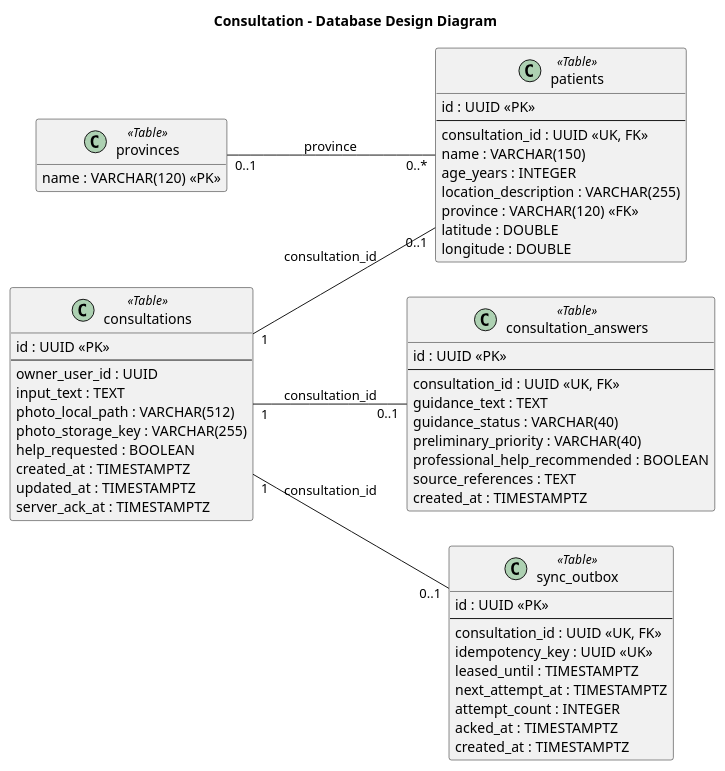
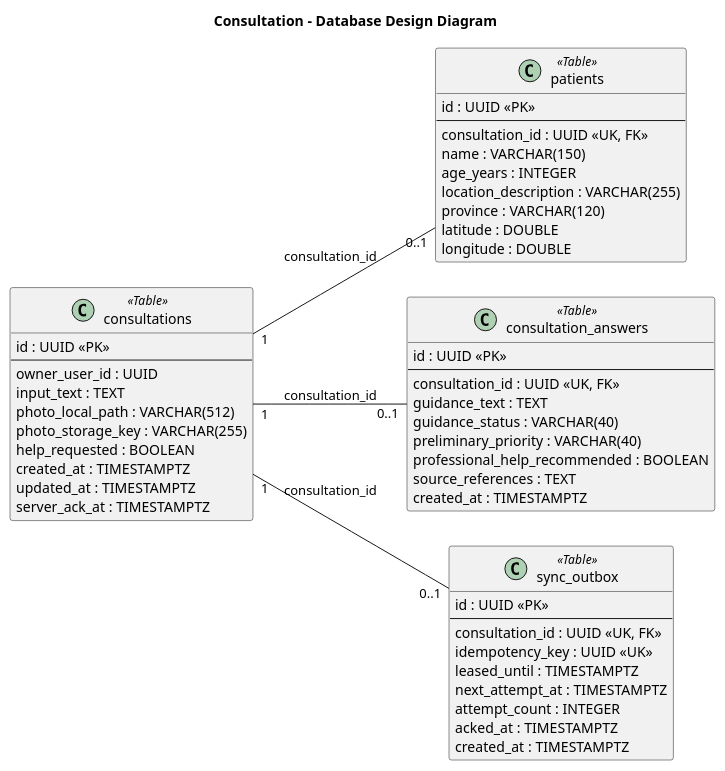
The diagram in public/assets/images/chapter-5/consultation-database-design.puml (emergentes-project/Report), drawn with PlantUML before and after one commit. The commit also changed 2 other files, not shown here.

Commit message:
update consultation diagram

```diff
--- a/public/assets/images/chapter-5/consultation-database-design.puml
+++ b/public/assets/images/chapter-5/consultation-database-design.puml
@@ -1,66 +1,61 @@
 @startuml
 left to right direction
 hide empty members
 skinparam classAttributeIconSize 0
 skinparam shadowing false
 title Consultation - Database Design Diagram
-
-  class provinces <<Table>> {
-    name : VARCHAR(120) <<PK>>
-  }
 
   class consultations <<Table>> {
     id : UUID <<PK>>
     --
     owner_user_id : UUID
     input_text : TEXT
     photo_local_path : VARCHAR(512)
     photo_storage_key : VARCHAR(255)
     help_requested : BOOLEAN
     created_at : TIMESTAMPTZ
     updated_at : TIMESTAMPTZ
     server_ack_at : TIMESTAMPTZ
   }
 
   class patients <<Table>> {
     id : UUID <<PK>>
     --
     consultation_id : UUID <<UK, FK>>
     name : VARCHAR(150)
     age_years : INTEGER
     location_description : VARCHAR(255)
-    province : VARCHAR(120) <<FK>>
+    province : VARCHAR(120)
     latitude : DOUBLE
     longitude : DOUBLE
   }
 
   class consultation_answers <<Table>> {
     id : UUID <<PK>>
     --
     consultation_id : UUID <<UK, FK>>
     guidance_text : TEXT
     guidance_status : VARCHAR(40)
     preliminary_priority : VARCHAR(40)
     professional_help_recommended : BOOLEAN
     source_references : TEXT
     created_at : TIMESTAMPTZ
   }
 
   class sync_outbox <<Table>> {
     id : UUID <<PK>>
     --
     consultation_id : UUID <<UK, FK>>
     idempotency_key : UUID <<UK>>
     leased_until : TIMESTAMPTZ
     next_attempt_at : TIMESTAMPTZ
     attempt_count : INTEGER
     acked_at : TIMESTAMPTZ
     created_at : TIMESTAMPTZ
 }
 
 consultations "1" -- "0..1" patients : consultation_id
 consultations "1" -- "0..1" consultation_answers : consultation_id
 consultations "1" -- "0..1" sync_outbox : consultation_id
-provinces "0..1" -- "0..*" patients : province
 
 @enduml
```
